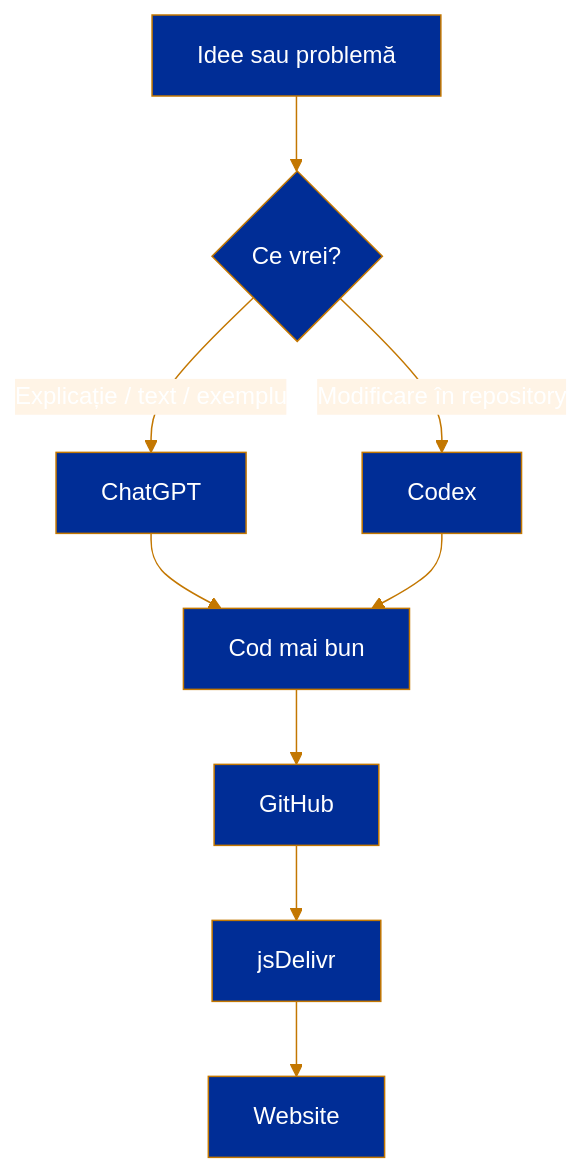
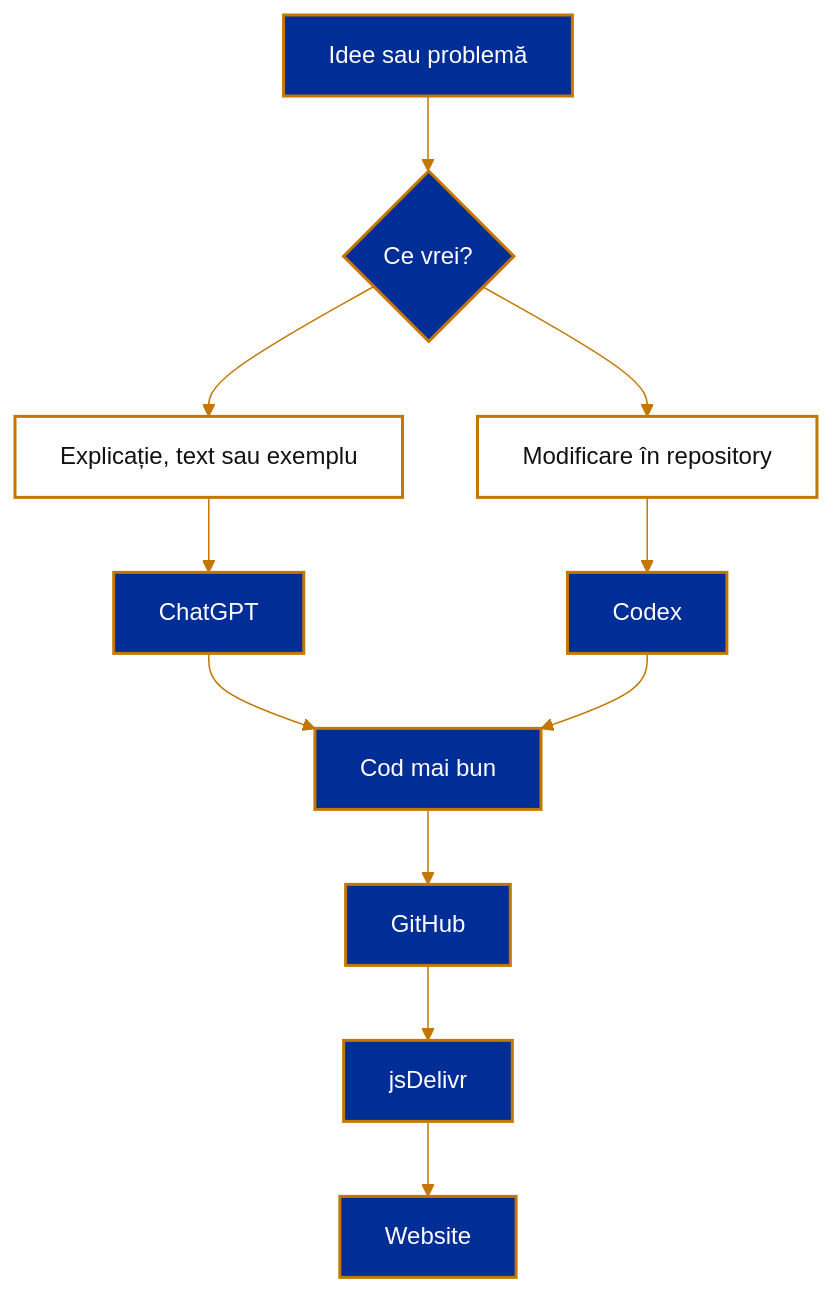
The fourth of 5 diagrams in README.md (cristianexer/vanzarialba.ro), drawn with Mermaid before and after one commit. The commit also changed other lines of this file, not shown here.

Commit message:
Update flowchart labels for clarity

````diff
--- a/README.md
+++ b/README.md
@@ -510,12 +510,21 @@
 ```mermaid
-%%{init: {"theme": "base", "themeVariables": {"primaryColor": "#002d96", "primaryTextColor": "#ffffff", "primaryBorderColor": "#c37701", "lineColor": "#c37701", "secondaryColor": "#fff4e6", "tertiaryColor": "#ffffff", "fontFamily": "Arial"}}}%%
+%%{init: {"theme": "base", "themeVariables": {"primaryColor": "#002d96", "primaryTextColor": "#ffffff", "primaryBorderColor": "#c37701", "lineColor": "#c37701", "secondaryColor": "#f6efe4", "secondaryTextColor": "#111111", "tertiaryColor": "#ffffff", "tertiaryTextColor": "#111111", "edgeLabelBackground": "#ffffff", "fontFamily": "Arial"}}}%%
 flowchart TD
     A[Idee sau problemă] --> B{Ce vrei?}
-    B -->|Explicație / text / exemplu| C[ChatGPT]
-    B -->|Modificare în repository| D[Codex]
-    C --> E[Cod mai bun]
-    D --> E[Cod mai bun]
-    E --> F[GitHub]
-    F --> G[jsDelivr]
-    G --> H[Website]
+    B --> C[Explicație, text sau exemplu]
+    B --> D[Modificare în repository]
+    C --> E[ChatGPT]
+    D --> F[Codex]
+    E --> G[Cod mai bun]
+    F --> G
+    G --> H[GitHub]
+    H --> I[jsDelivr]
+    I --> J[Website]
+
+    classDef core fill:#002d96,stroke:#c37701,color:#ffffff,stroke-width:2px;
+    classDef light fill:#ffffff,stroke:#c37701,color:#111111,stroke-width:2px;
+    classDef soft fill:#f6efe4,stroke:#c37701,color:#111111,stroke-width:2px;
+
+    class A,B,E,F,G,H,I,J core;
+    class C,D light;
 ```
````
